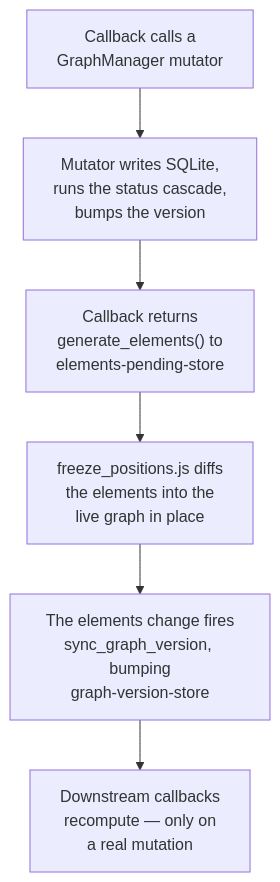
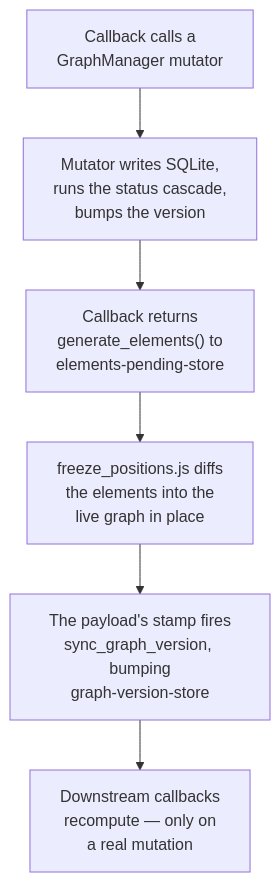
The diagram in docs/app_architecture.md (jmaroszek/Skill-Tree), drawn with Mermaid before and after one commit. The commit also changed other lines of this file and 15 other files, not shown here.

````diff
--- a/docs/app_architecture.md
+++ b/docs/app_architecture.md
@@ -107,8 +109,8 @@
 ```mermaid
 flowchart TD
     C["Callback calls a<br/>GraphManager mutator"] --> M["Mutator writes SQLite,<br/>runs the status cascade,<br/>bumps the version"]
     M --> P["Callback returns<br/>generate_elements() to<br/>elements-pending-store"]
     P --> J["freeze_positions.js diffs<br/>the elements into the<br/>live graph in place"]
-    J --> V["The elements change fires<br/>sync_graph_version, bumping<br/>graph-version-store"]
+    J --> V["The payload's stamp fires<br/>sync_graph_version, bumping<br/>graph-version-store"]
     V --> D["Downstream callbacks<br/>recompute — only on<br/>a real mutation"]
 ```
````
